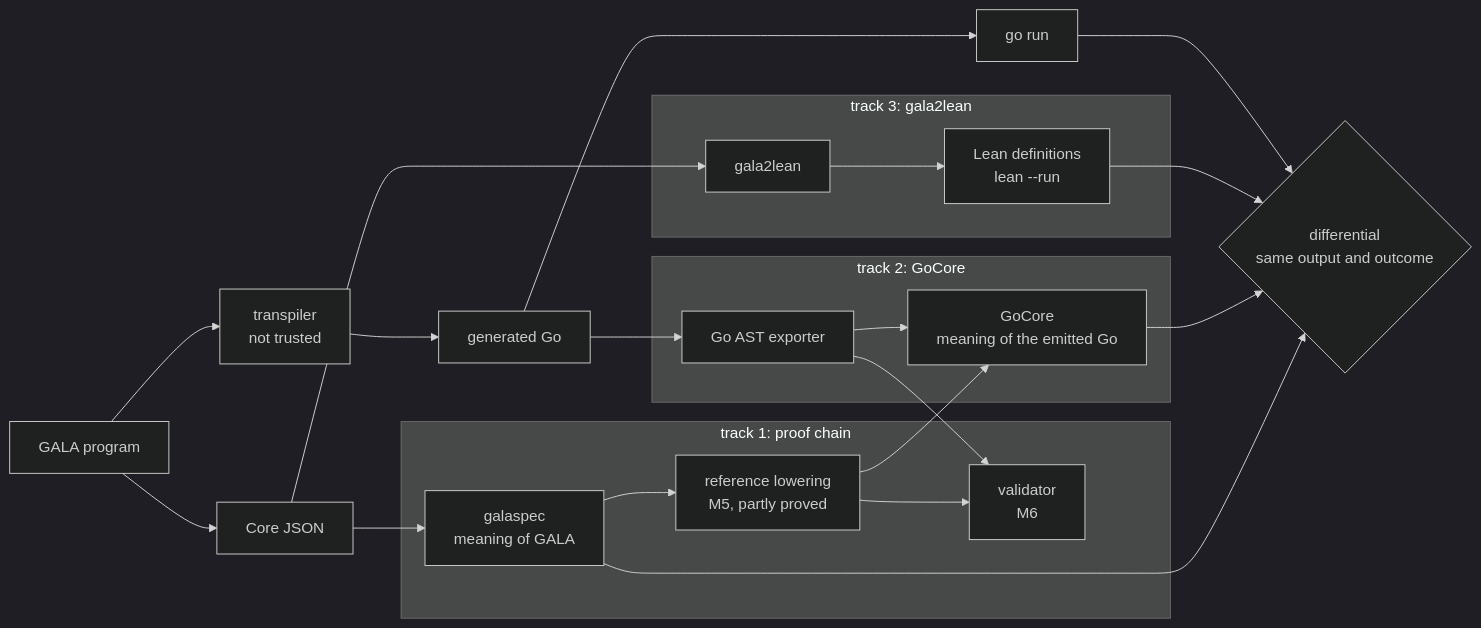
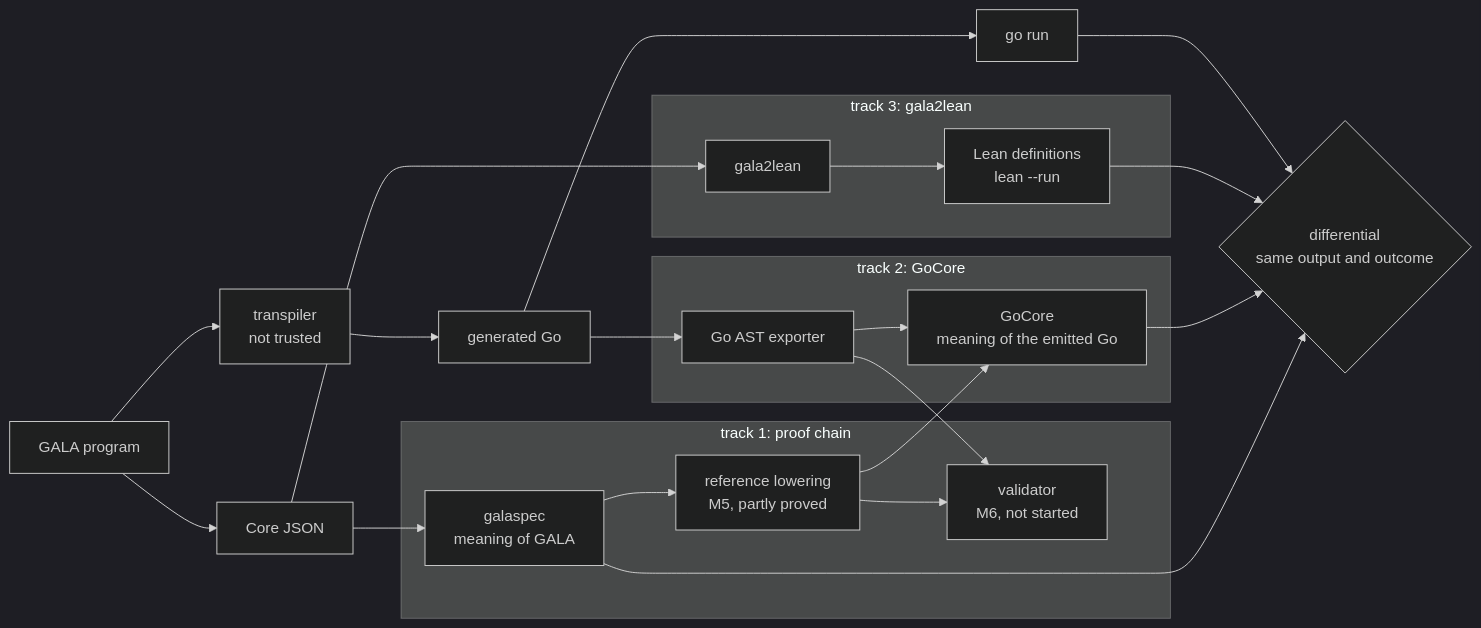
The sixth of 7 diagrams in docs/FORMAL_SEMANTICS.MD (martianoff/gala), drawn with Mermaid (dark theme) before and after one commit. The commit also changed other lines of this file, not shown here.

````diff
--- a/docs/FORMAL_SEMANTICS.MD
+++ b/docs/FORMAL_SEMANTICS.MD
@@ -1075,26 +1076,26 @@
 ```mermaid
 flowchart LR
     SRC[GALA program] --> CJ[Core JSON]
     SRC --> TR[transpiler<br/>not trusted] --> GO[generated Go]
     subgraph P1[track 1: proof chain]
         GS[galaspec<br/>meaning of GALA] --> RL[reference lowering<br/>M5, partly proved]
-        VAL[validator<br/>M6]
+        VAL[validator<br/>M6, not started]
     end
     subgraph P2[track 2: GoCore]
         GX[Go AST exporter] --> GC[GoCore<br/>meaning of the emitted Go]
     end
     subgraph P3[track 3: gala2lean]
         G2L[gala2lean] --> LR[Lean definitions<br/>lean --run]
     end
     CJ --> GS
     CJ --> G2L
     RL --> GC
     GO --> GX
     GO --> GR[go run]
     RL --> VAL
     GX --> VAL
     GS --> D{differential<br/>same output and outcome}
     GC --> D
     LR --> D
     GR --> D
 ```
````
